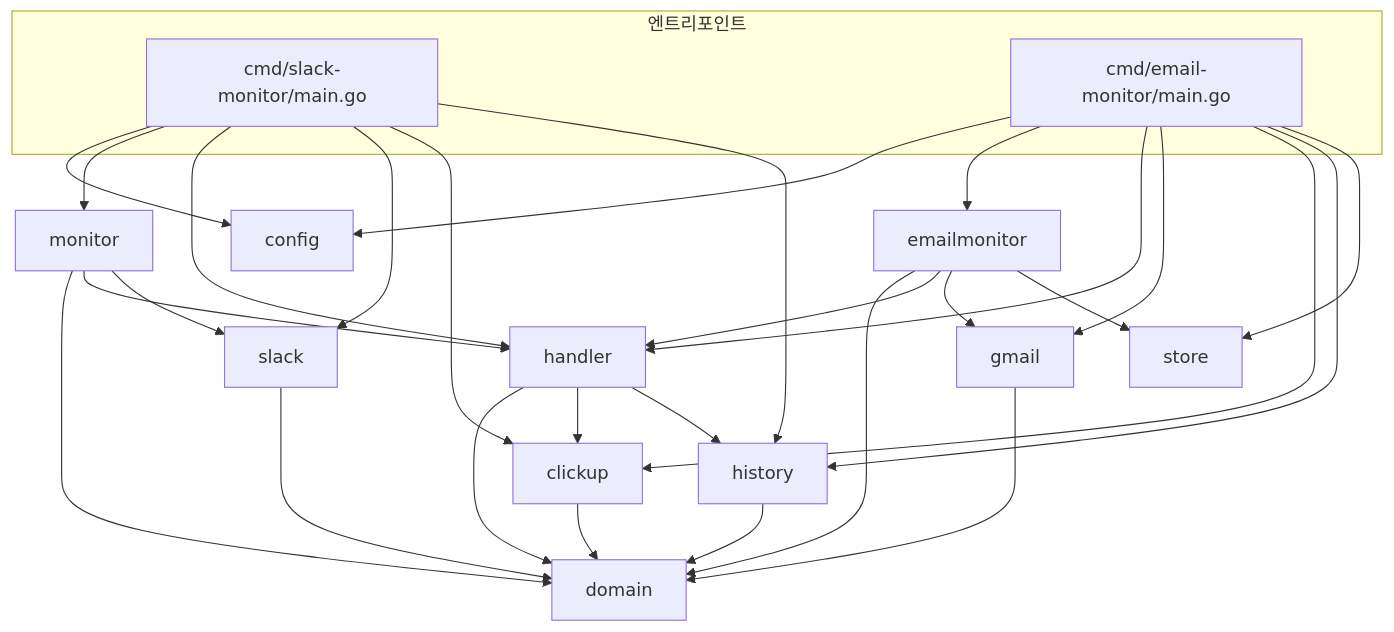
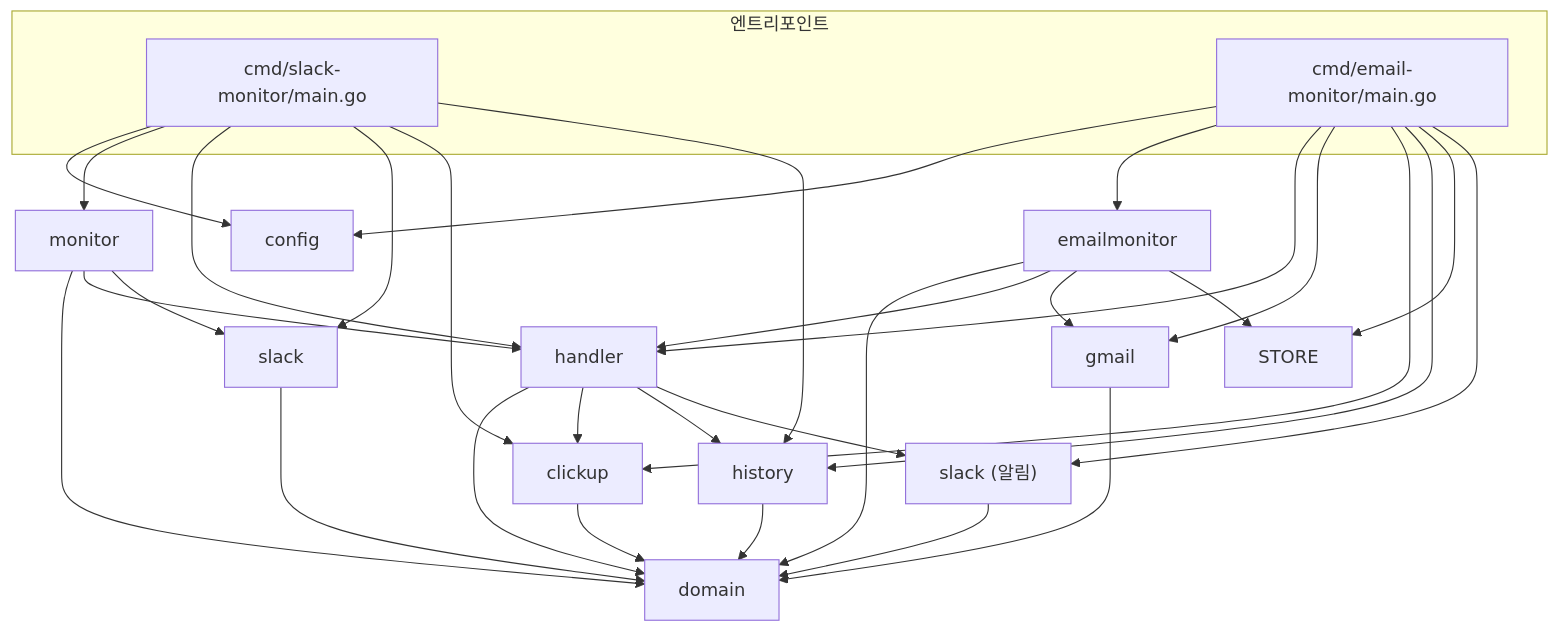
Before and after one commit to zime78/Slickwebhook: the ninth of 9 diagrams in docs/ARCHITECTURE.md, drawn with Mermaid. The commit also changed other lines of this file and 5 other files, not shown here.

````diff
--- a/docs/ARCHITECTURE.md
+++ b/docs/ARCHITECTURE.md
@@ -369,41 +410,44 @@
 ```mermaid
 flowchart TD
     subgraph Entrypoints["엔트리포인트"]
         SLACK_MAIN["cmd/slack-monitor/main.go"]
         EMAIL_MAIN["cmd/email-monitor/main.go"]
     end
 
     SLACK_MAIN --> CONFIG["config"]
     EMAIL_MAIN --> CONFIG
 
     SLACK_MAIN --> MONITOR["monitor"]
     SLACK_MAIN --> HANDLER["handler"]
     SLACK_MAIN --> SLACK["slack"]
     SLACK_MAIN --> CLICKUP["clickup"]
     SLACK_MAIN --> HISTORY["history"]
 
     EMAIL_MAIN --> EMAIL_MONITOR["emailmonitor"]
     EMAIL_MAIN --> HANDLER
     EMAIL_MAIN --> GMAIL["gmail"]
     EMAIL_MAIN --> CLICKUP
     EMAIL_MAIN --> HISTORY
-    EMAIL_MAIN --> STORE["store"]
+    EMAIL_MAIN --> STORE
+    EMAIL_MAIN --> SLACK_NOTIFY["slack (알림)"]
 
     MONITOR --> DOMAIN["domain"]
     MONITOR --> HANDLER
     MONITOR --> SLACK
 
     EMAIL_MONITOR --> DOMAIN
     EMAIL_MONITOR --> HANDLER
     EMAIL_MONITOR --> GMAIL
     EMAIL_MONITOR --> STORE
 
     HANDLER --> DOMAIN
     HANDLER --> CLICKUP
     HANDLER --> HISTORY
+    HANDLER --> SLACK_NOTIFY
 
     SLACK --> DOMAIN
+    SLACK_NOTIFY --> DOMAIN
     GMAIL --> DOMAIN
     CLICKUP --> DOMAIN
     HISTORY --> DOMAIN
 ```
````
